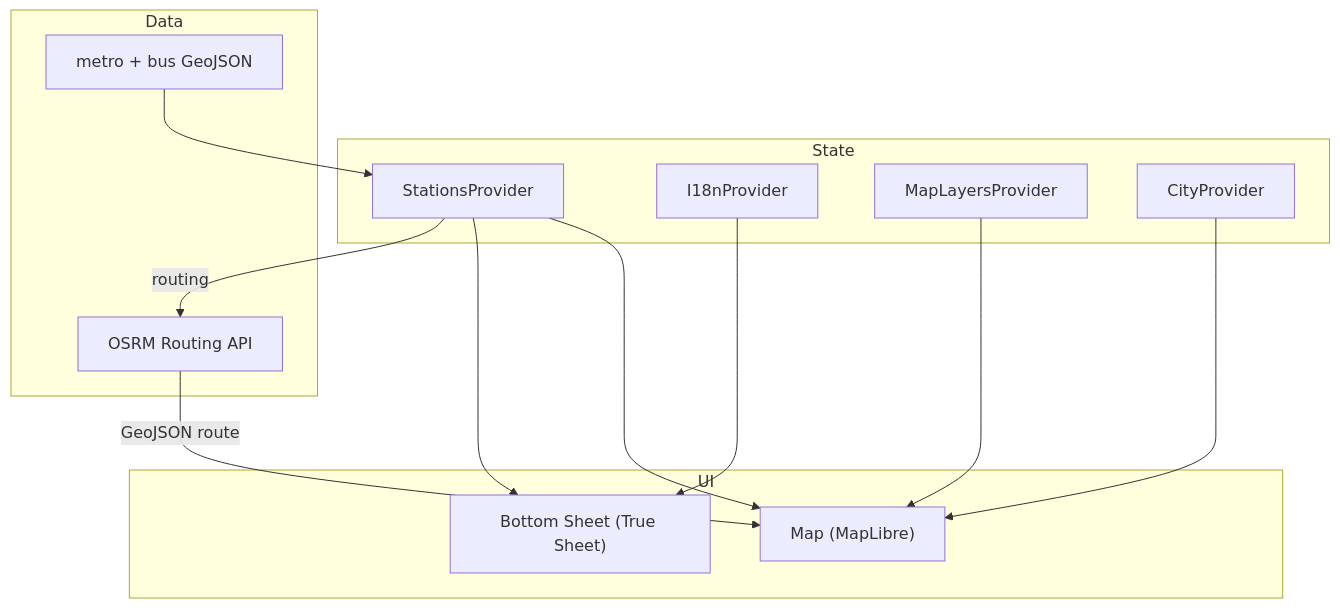
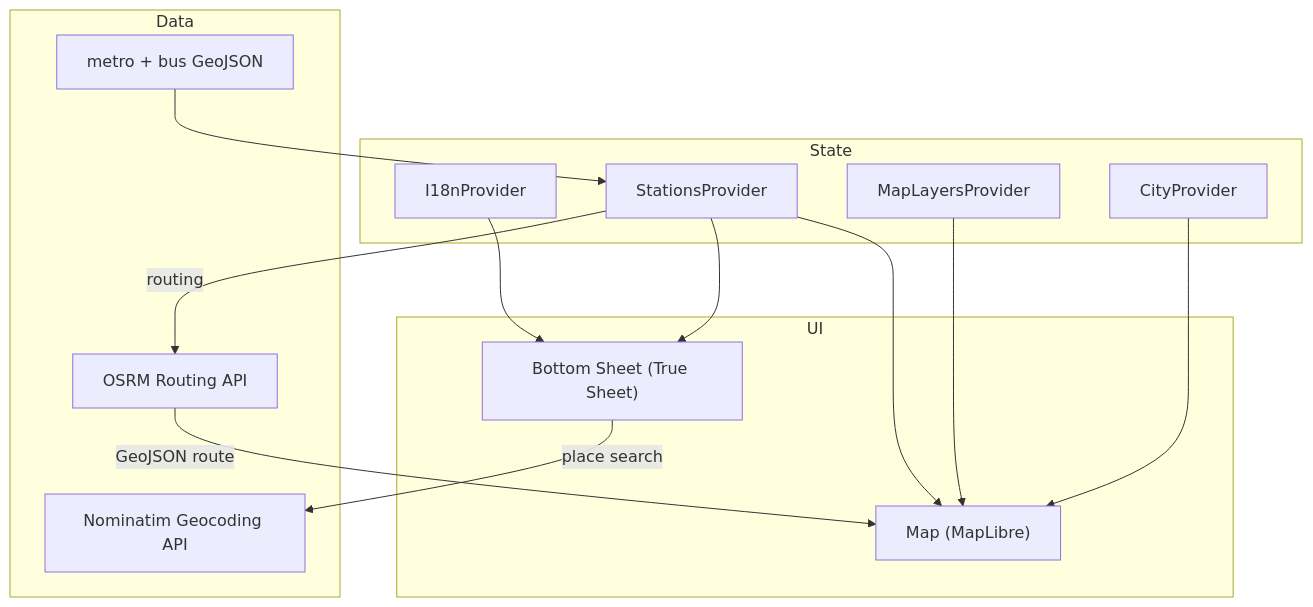
One commit to MohsenDastaran/istgah-rn changed the second of 2 diagrams in README.md. Above: the diagram before and after it, drawn with Mermaid. The commit also changed other lines of this file and 2 other files, not shown here.

Commit message:
Enhance README and settings panel with new features: add address and landmark search via OpenStreetMap API, toggle between street and satellite basemaps, and include bus arrival inquiry functionality. Update translations for improved user guidance.

````diff
--- a/README.md
+++ b/README.md
@@ -384,28 +405,30 @@
 ```mermaid
 flowchart TB
     subgraph UI
         Map["Map (MapLibre)"]
         Sheet["Bottom Sheet (True Sheet)"]
     end
 
     subgraph State
         Ctx["StationsProvider"]
         I18n["I18nProvider"]
         Layers["MapLayersProvider"]
         City["CityProvider"]
     end
 
     subgraph Data
         Stations["metro + bus GeoJSON"]
         OSRM["OSRM Routing API"]
+        Nominatim["Nominatim Geocoding API"]
     end
 
     Stations --> Ctx
     City --> Map
     Layers --> Map
     Ctx --> Map
     Ctx --> Sheet
     I18n --> Sheet
+    Sheet -->|place search| Nominatim
     Ctx -->|routing| OSRM
     OSRM -->|GeoJSON route| Map
 ```
````
